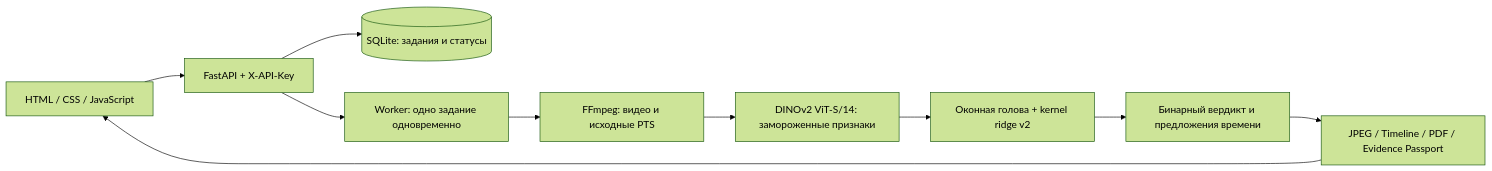
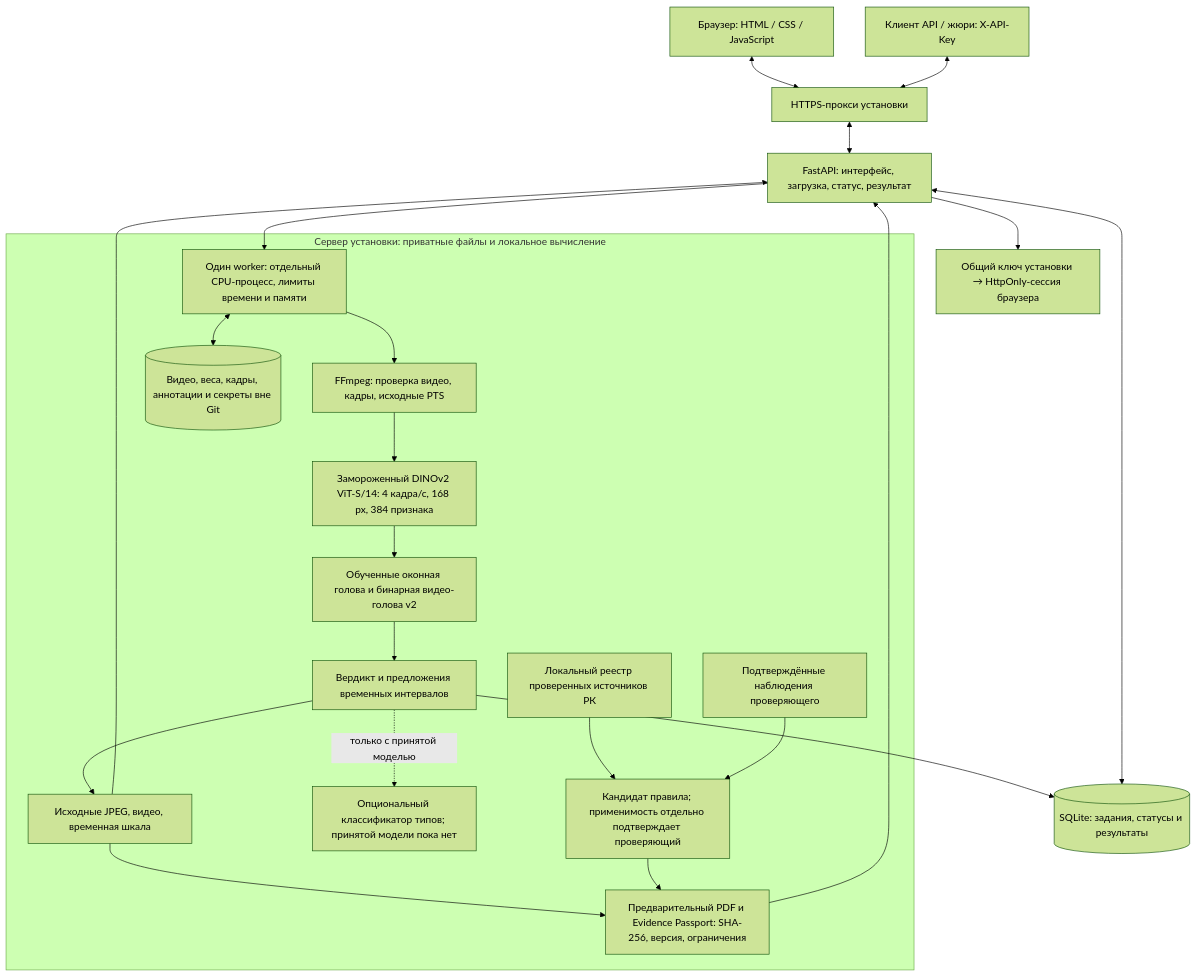
Before and after one commit to Mevinss/cashframe-lab: the diagram in docs/architecture.md, drawn with Mermaid (forest theme). The commit also changed other lines of this file and 13 other files, not shown here.

Commit message:
Add deployment parity checks, private jury access and architecture guide

````diff
--- a/docs/architecture.md
+++ b/docs/architecture.md
@@ -9,12 +9,28 @@
 ```mermaid
-flowchart LR
-    UI[HTML / CSS / JavaScript] --> API[FastAPI + X-API-Key]
-    API --> DB[(SQLite: задания и статусы)]
-    API --> W[Worker: одно задание одновременно]
-    W --> F[FFmpeg: видео и исходные PTS]
-    F --> D[DINOv2 ViT-S/14: замороженные признаки]
-    D --> B[Оконная голова + kernel ridge v2]
-    B --> V[Бинарный вердикт и предложения времени]
-    V --> E[JPEG / Timeline / PDF / Evidence Passport]
-    E --> UI
+flowchart TB
+    B["Браузер: HTML / CSS / JavaScript"] <--> P["HTTPS-прокси установки"]
+    C["Клиент API / жюри: X-API-Key"] <--> P
+    P <--> A["FastAPI: интерфейс, загрузка, статус, результат"]
+    A --> S["Общий ключ установки → HttpOnly-сессия браузера"]
+    A <--> DB[("SQLite: задания, статусы и результаты")]
+    A --> W["Один worker: отдельный CPU-процесс, лимиты времени и памяти"]
+
+    subgraph SERVER["Сервер установки: приватные файлы и локальное вычисление"]
+        W --> F["FFmpeg: проверка видео, кадры, исходные PTS"]
+        F --> D["Замороженный DINOv2 ViT-S/14: 4 кадра/с, 168 px, 384 признака"]
+        D --> M["Обученные оконная голова и бинарная видео-голова v2"]
+        M --> E["Вердикт и предложения временных интервалов"]
+        E --> J["Исходные JPEG, видео, временная шкала"]
+        J --> R["Предварительный PDF и Evidence Passport: SHA-256, версия, ограничения"]
+        E -. "только с принятой моделью" .-> T["Опциональный классификатор типов; принятой модели пока нет"]
+        L["Локальный реестр проверенных источников РК"] --> N["Кандидат правила; применимость отдельно подтверждает проверяющий"]
+        H["Подтверждённые наблюдения проверяющего"] --> N
+        N --> R
+        V[("Видео, веса, кадры, аннотации и секреты вне Git")]
+        W <--> V
+    end
+
+    J --> A
+    R --> A
+    E --> DB
 ```
````
